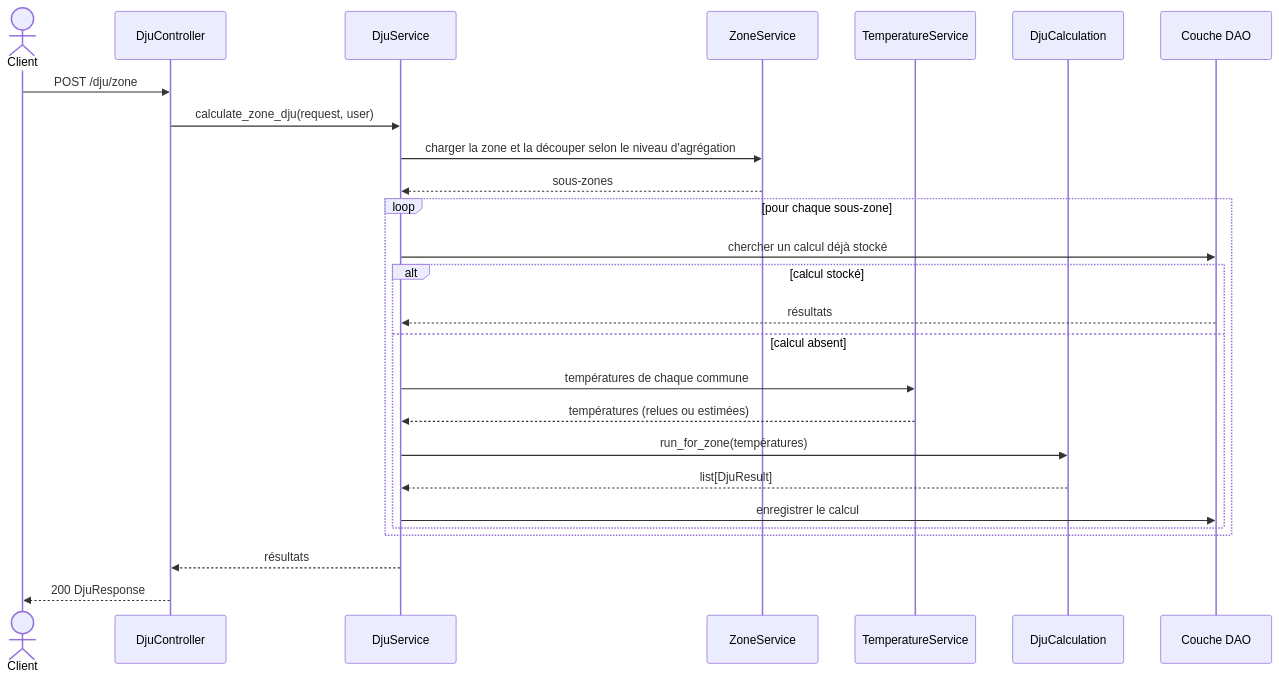
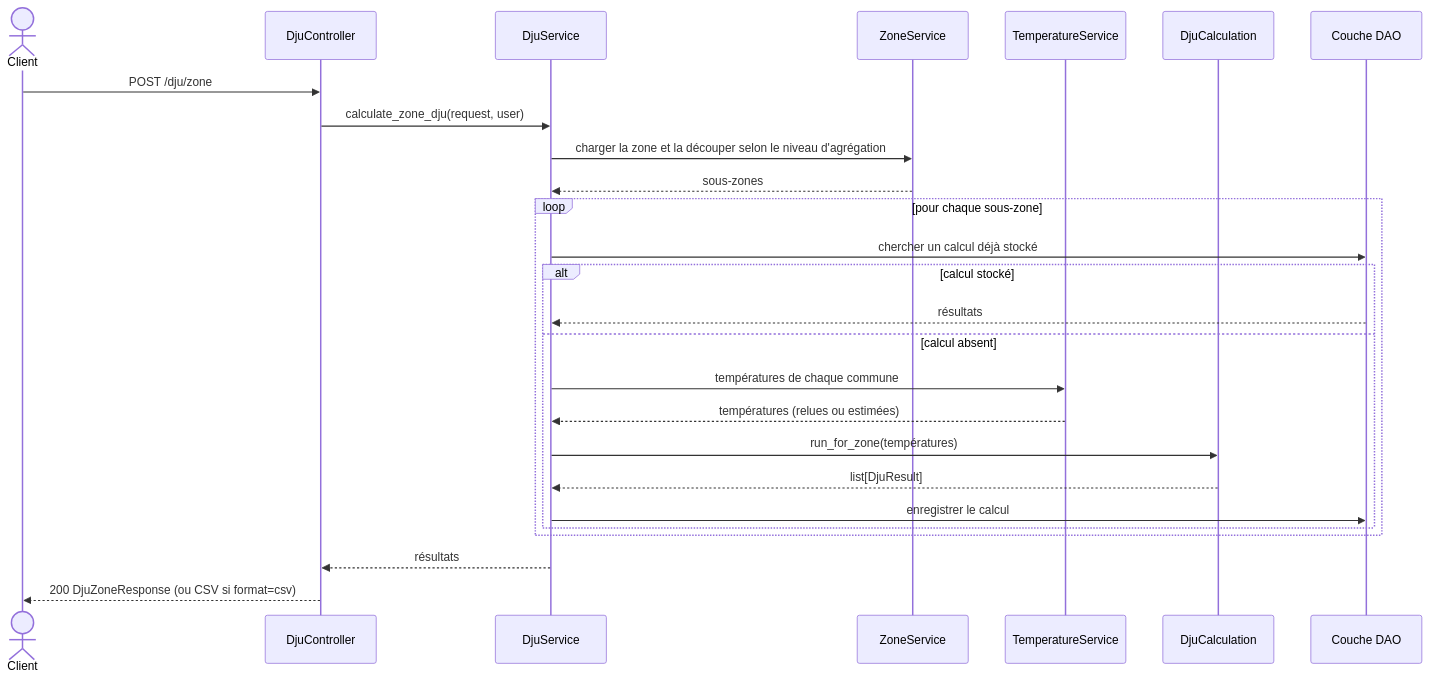
Before and after one commit to gabriel-dahan/ensai-it-project-2a-team12: the sixth of 16 diagrams in doc/new_diagram.md, drawn with Mermaid. The commit also changed other lines of this file and 54 other files, not shown here.

First line of the commit message:
Implement DJU API according to new_diagram.md

````diff
--- a/doc/new_diagram.md
+++ b/doc/new_diagram.md
@@ -540,29 +526,29 @@
 ```mermaid
 sequenceDiagram
     actor Client
     participant Ctrl as DjuController
     participant DS as DjuService
     participant ZS as ZoneService
     participant TS as TemperatureService
     participant Calc as DjuCalculation
     participant DAO as Couche DAO
 
     Client->>Ctrl: POST /dju/zone
     Ctrl->>DS: calculate_zone_dju(request, user)
     DS->>ZS: charger la zone et la découper selon le niveau d'agrégation
     ZS-->>DS: sous-zones
     loop pour chaque sous-zone
         DS->>DAO: chercher un calcul déjà stocké
         alt calcul stocké
             DAO-->>DS: résultats
         else calcul absent
             DS->>TS: températures de chaque commune
             TS-->>DS: températures (relues ou estimées)
             DS->>Calc: run_for_zone(températures)
             Calc-->>DS: list[DjuResult]
             DS->>DAO: enregistrer le calcul
         end
     end
     DS-->>Ctrl: résultats
-    Ctrl-->>Client: 200 DjuResponse
+    Ctrl-->>Client: 200 DjuZoneResponse (ou CSV si format=csv)
 ```
````
